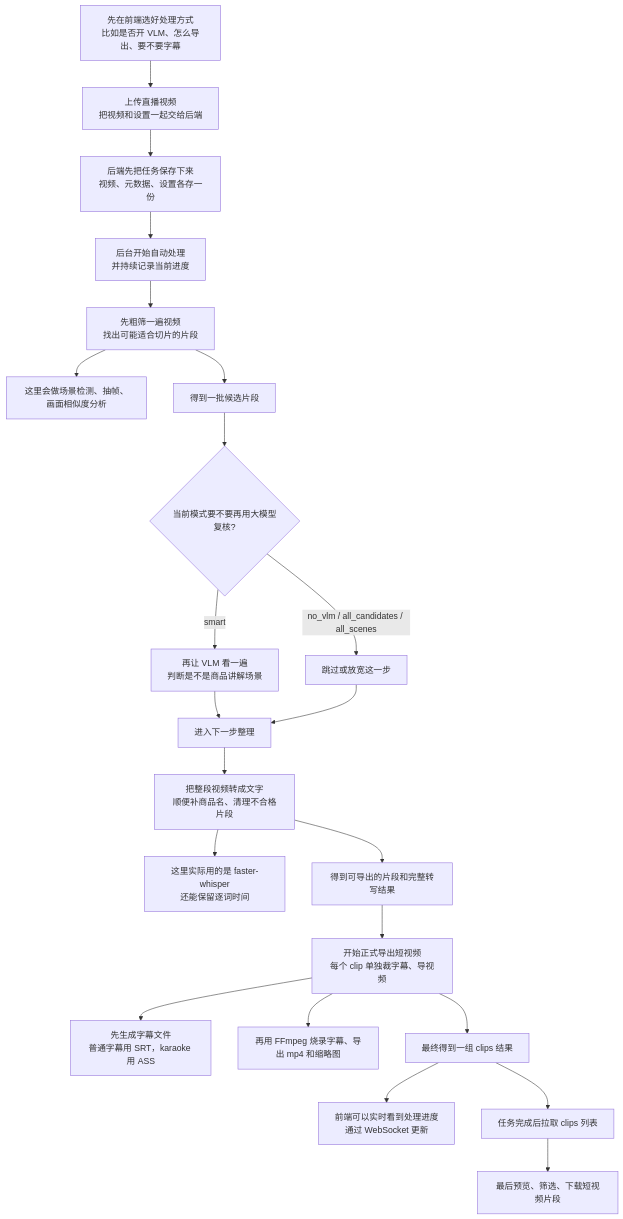
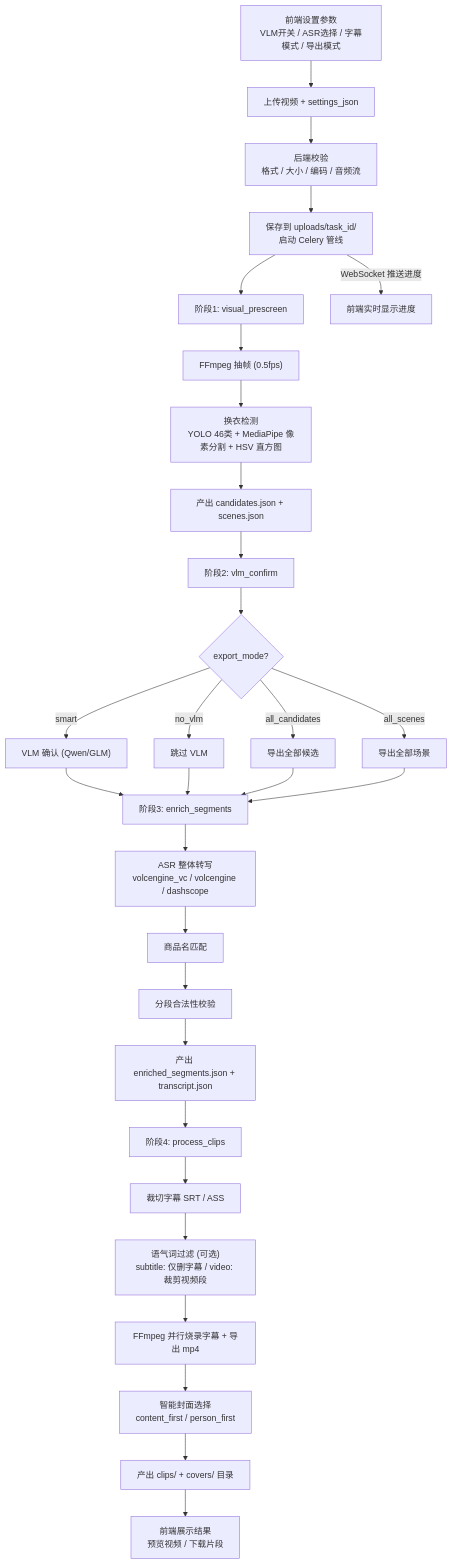
The second of 2 diagrams in README.md (ShellMonster/LiveVideoCut), drawn with Mermaid before and after one commit. The commit also changed other lines of this file and 16 other files, not shown here.

````diff
--- a/README.md
+++ b/README.md
@@ -19,30 +77,38 @@
 ```mermaid
 graph TD
-    A["先在前端选好处理方式<br/>比如是否开 VLM、怎么导出、要不要字幕"] --> B["上传直播视频<br/>把视频和设置一起交给后端"]
-    B --> C["后端先把任务保存下来<br/>视频、元数据、设置各存一份"]
-    C --> D["后台开始自动处理<br/>并持续记录当前进度"]
+    A["前端设置参数<br/>VLM开关 / ASR选择 / 字幕模式 / 导出模式"] --> B["上传视频 + settings_json"]
+    B --> C["后端校验<br/>格式 / 大小 / 编码 / 音频流"]
+    C --> D["保存到 uploads/task_id/<br/>启动 Celery 管线"]
 
-    D --> E["先粗筛一遍视频<br/>找出可能适合切片的片段"]
-    E --> E1["这里会做场景检测、抽帧、画面相似度分析"]
-    E --> F["得到一批候选片段"]
+    D --> E["阶段1: visual_prescreen"]
+    E --> E1["FFmpeg 抽帧 (0.5fps)"]
+    E1 --> E2["换衣检测<br/>YOLO 46类 + MediaPipe 像素分割 + HSV 直方图"]
+    E2 --> E3["产出 candidates.json + scenes.json"]
 
-    F --> G{"当前模式要不要再用大模型复核?"}
-    G -->|"smart"| H["再让 VLM 看一遍<br/>判断是不是商品讲解场景"]
-    G -->|"no_vlm / all_candidates / all_scenes"| I["跳过或放宽这一步"]
+    E3 --> F["阶段2: vlm_confirm"]
+    F --> F1{"export_mode?"}
+    F1 -->|"smart"| F2["VLM 确认 (Qwen/GLM)"]
+    F1 -->|"no_vlm"| F3["跳过 VLM"]
+    F1 -->|"all_candidates"| F4["导出全部候选"]
+    F1 -->|"all_scenes"| F5["导出全部场景"]
 
-    H --> J["进入下一步整理"]
-    I --> J
+    F2 --> G["阶段3: enrich_segments"]
+    F3 --> G
+    F4 --> G
+    F5 --> G
 
-    J --> K["把整段视频转成文字<br/>顺便补商品名、清理不合格片段"]
-    K --> K1["这里实际用的是 faster-whisper<br/>还能保留逐词时间"]
-    K --> L["得到可导出的片段和完整转写结果"]
+    G --> G1["ASR 整体转写<br/>volcengine_vc / volcengine / dashscope"]
+    G1 --> G2["商品名匹配"]
+    G2 --> G3["分段合法性校验"]
+    G3 --> G4["产出 enriched_segments.json + transcript.json"]
 
-    L --> M["开始正式导出短视频<br/>每个 clip 单独裁字幕、导视频"]
-    M --> M1["先生成字幕文件<br/>普通字幕用 SRT，karaoke 用 ASS"]
-    M --> M2["再用 FFmpeg 烧录字幕、导出 mp4 和缩略图"]
-    M --> N["最终得到一组 clips 结果"]
+    G4 --> H["阶段4: process_clips"]
+    H --> H1["裁切字幕 SRT / ASS"]
+    H1 --> H2["语气词过滤 (可选)<br/>subtitle: 仅删字幕 / video: 裁剪视频段"]
+    H2 --> H3["FFmpeg 并行烧录字幕 + 导出 mp4"]
+    H3 --> H4["智能封面选择<br/>content_first / person_first"]
+    H4 --> H5["产出 clips/ + covers/ 目录"]
 
-    N --> O["前端可以实时看到处理进度<br/>通过 WebSocket 更新"]
-    N --> P["任务完成后拉取 clips 列表"]
-    P --> Q["最后预览、筛选、下载短视频片段"]
+    D -->|"WebSocket 推送进度"| W["前端实时显示进度"]
+    H5 --> R["前端展示结果<br/>预览视频 / 下载片段"]
 ```
````
